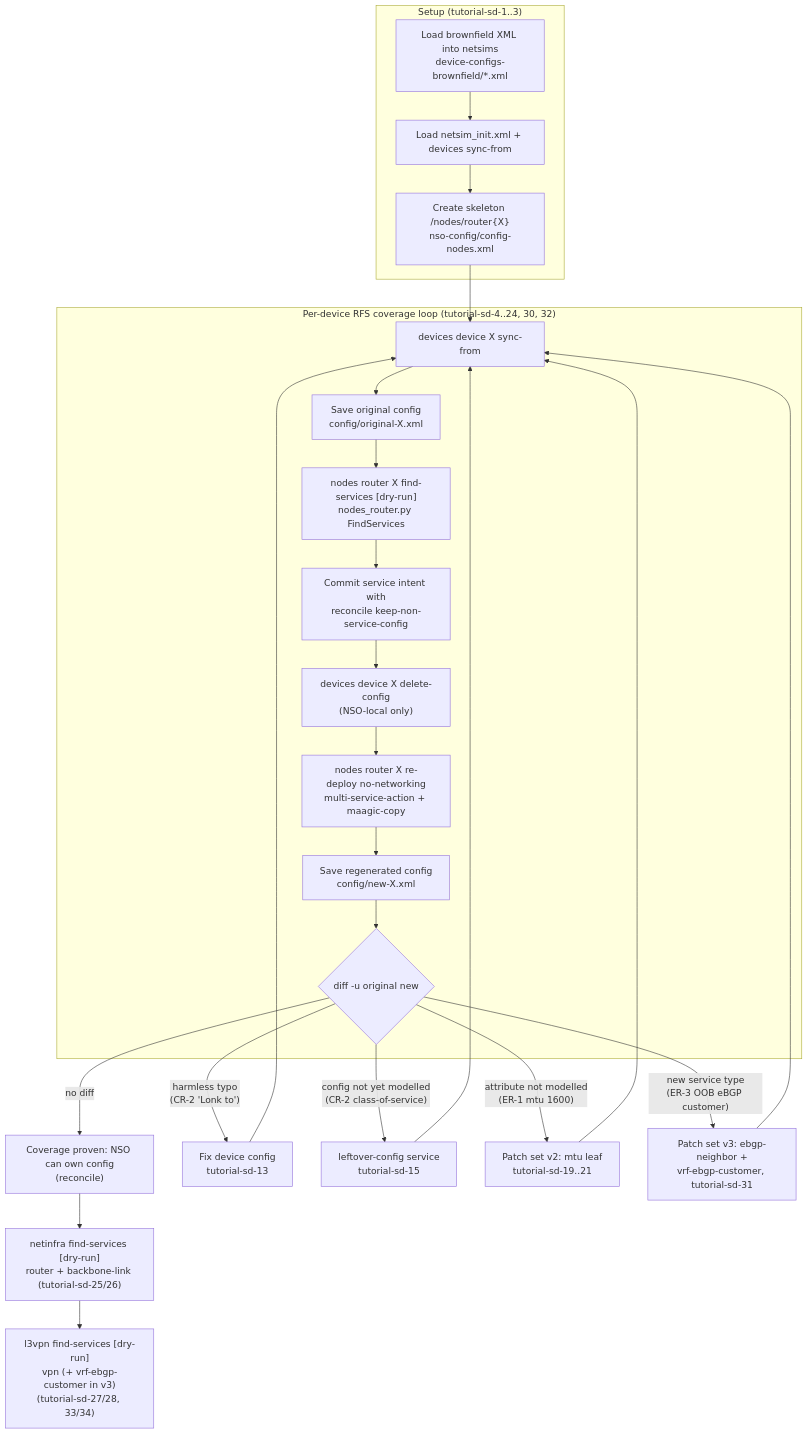
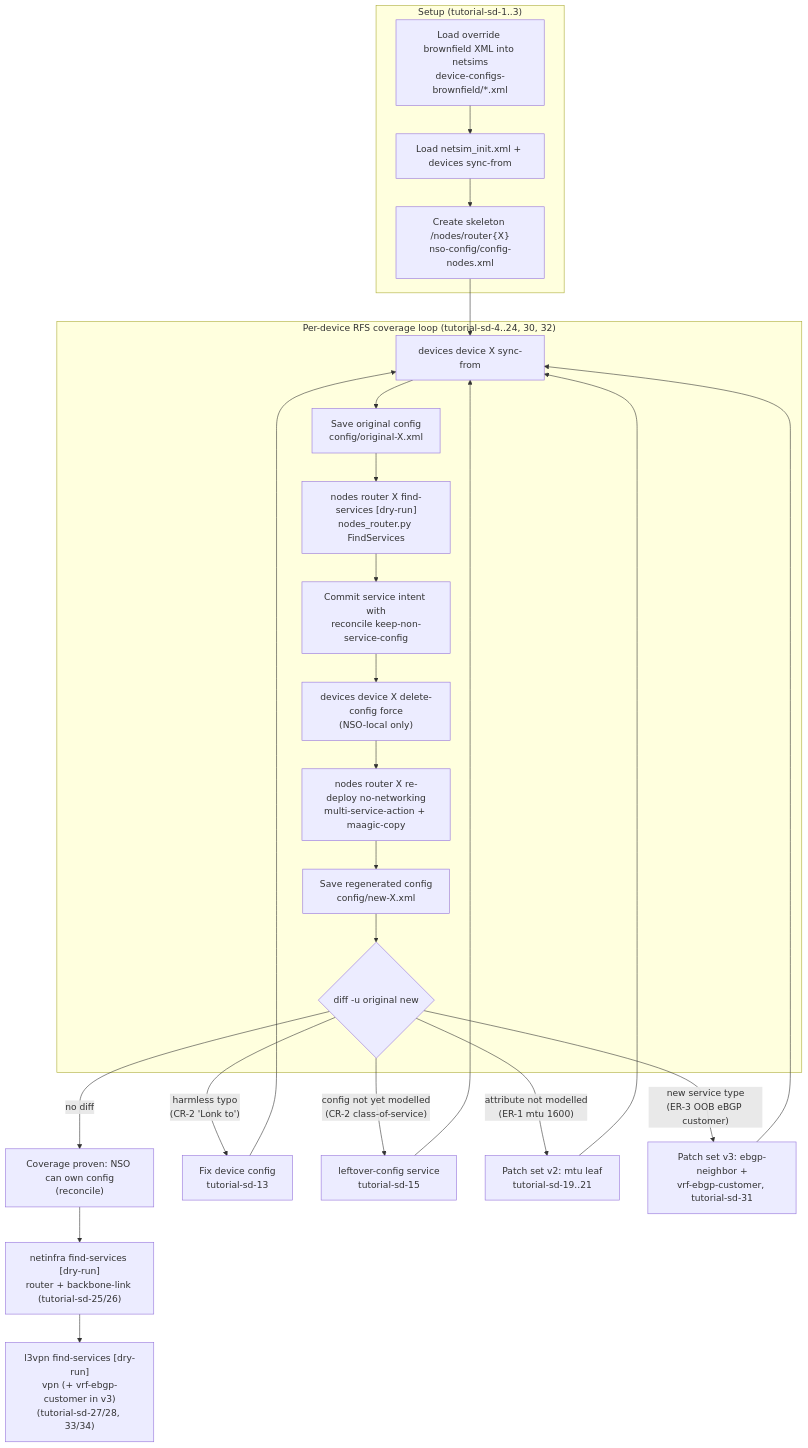
Before and after one commit to rthorsberg/Service-Discovery: the second of 2 diagrams in docs/framework/architecture.md, drawn with Mermaid. The commit also changed other lines of this file and 9 other files, not shown here.

````diff
--- a/docs/framework/architecture.md
+++ b/docs/framework/architecture.md
@@ -86,35 +86,35 @@
 ```mermaid
 flowchart TD
   subgraph Setup["Setup (tutorial-sd-1..3)"]
-    S1["Load brownfield XML into netsims<br/>device-configs-brownfield/*.xml"]
+    S1["Load override brownfield XML into netsims<br/>device-configs-brownfield/*.xml"]
     S2["Load netsim_init.xml + devices sync-from"]
     S3["Create skeleton /nodes/router{X}<br/>nso-config/config-nodes.xml"]
     S1 --> S2 --> S3
   end
 
   subgraph Loop["Per-device RFS coverage loop (tutorial-sd-4..24, 30, 32)"]
     A["devices device X sync-from"]
     B["Save original config<br/>config/original-X.xml"]
     C["nodes router X find-services [dry-run]<br/>nodes_router.py FindServices"]
     D["Commit service intent with<br/>reconcile keep-non-service-config"]
-    E["devices device X delete-config<br/>(NSO-local only)"]
+    E["devices device X delete-config force<br/>(NSO-local only)"]
     F["nodes router X re-deploy no-networking<br/>multi-service-action + maagic-copy"]
     G["Save regenerated config<br/>config/new-X.xml"]
     H{"diff -u original new"}
     A --> B --> C --> D --> E --> F --> G --> H
   end
 
   S3 --> A
   H -->|"no diff"| OWN["Coverage proven: NSO can own config<br/>(reconcile)"]
   H -->|"harmless typo<br/>(CR-2 'Lonk to')"| FIX["Fix device config<br/>tutorial-sd-13"]
   H -->|"config not yet modelled<br/>(CR-2 class-of-service)"| LO["leftover-config service<br/>tutorial-sd-15"]
   H -->|"attribute not modelled<br/>(ER-1 mtu 1600)"| V2["Patch set v2: mtu leaf<br/>tutorial-sd-19..21"]
   H -->|"new service type<br/>(ER-3 OOB eBGP customer)"| V3["Patch set v3: ebgp-neighbor +<br/>vrf-ebgp-customer, tutorial-sd-31"]
   FIX --> A
   LO --> A
   V2 --> A
   V3 --> A
 
   OWN --> CFS1["netinfra find-services [dry-run]<br/>router + backbone-link (tutorial-sd-25/26)"]
   CFS1 --> CFS2["l3vpn find-services [dry-run]<br/>vpn (+ vrf-ebgp-customer in v3)<br/>(tutorial-sd-27/28, 33/34)"]
 ```
````
